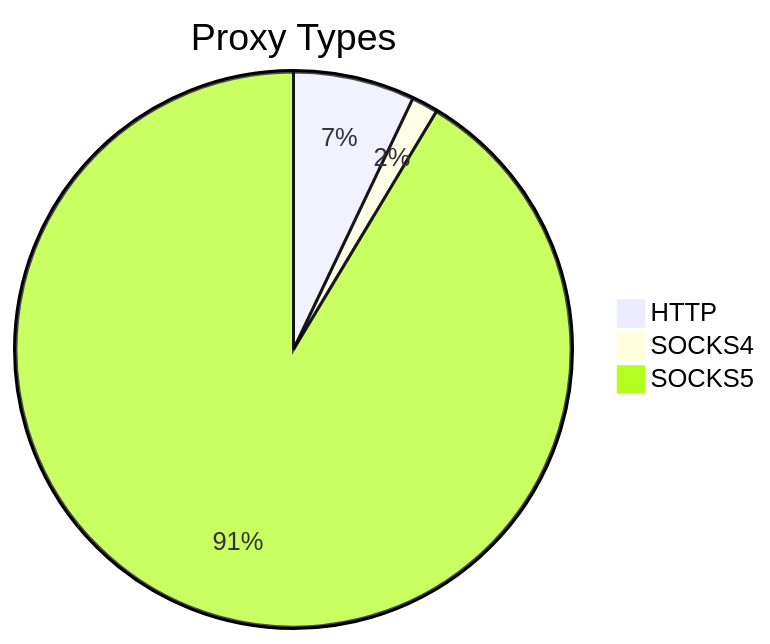
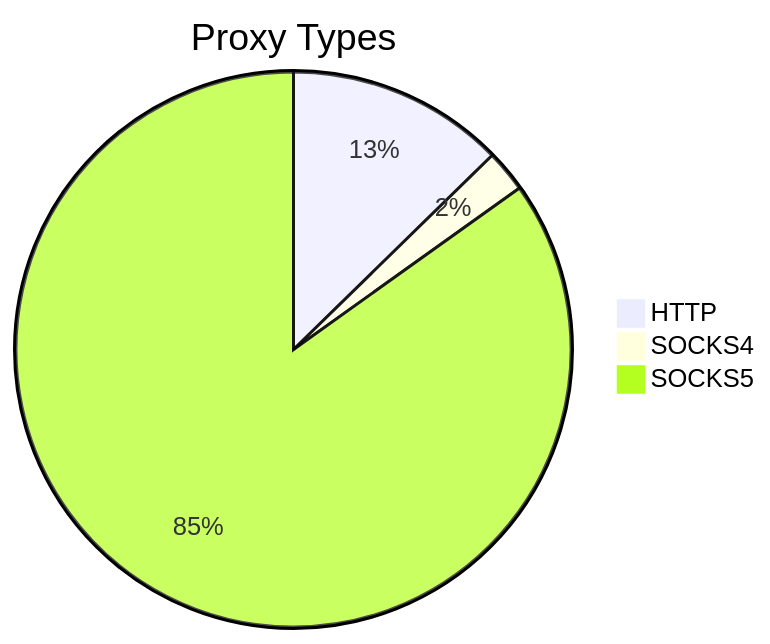
Before and after one commit to stormsia/proxy-list: the first of 2 diagrams in README.md, drawn with Mermaid. The commit also changed other lines of this file, not shown here.

````diff
--- a/README.md
+++ b/README.md
@@ -21,6 +21,6 @@
 ```mermaid
 pie title Proxy Types
-    "HTTP" : 165
-    "SOCKS4" : 36
-    "SOCKS5" : 2134
+    "HTTP" : 192
+    "SOCKS4" : 37
+    "SOCKS5" : 1285
 ```
````
